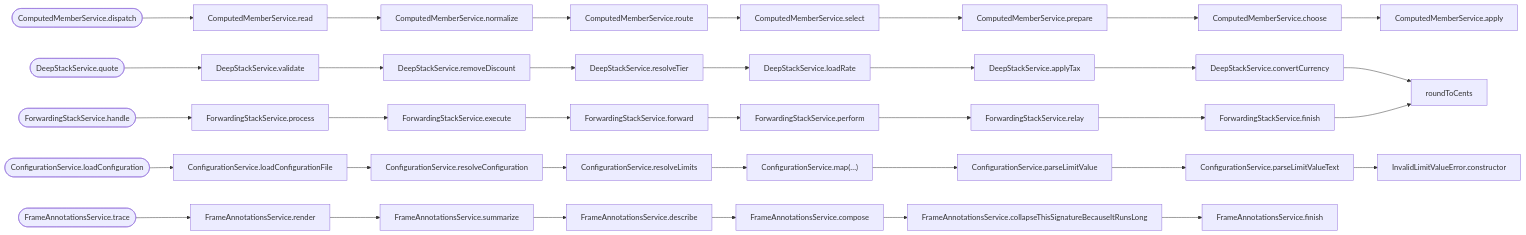
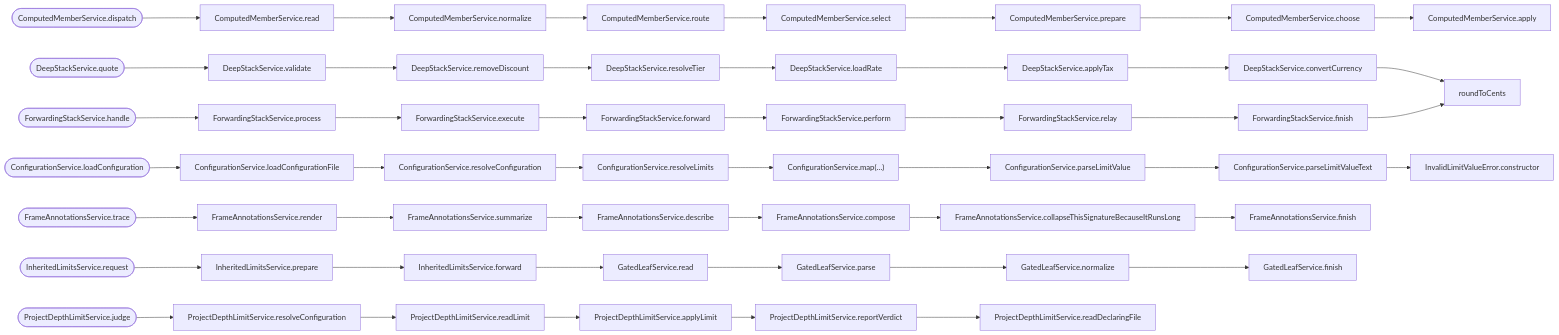
One commit to JimmyPaolini/codebase changed the diagram in packages/callidescope-examples/output/diagram.md. Above: the diagram before and after it, drawn with Mermaid. The commit also changed other lines of this file and 24 other files, not shown here.

Commit message:
test(callidescope): 🧪 add the four per-project configuration examples

````diff
--- a/packages/callidescope-examples/output/diagram.md
+++ b/packages/callidescope-examples/output/diagram.md
@@ -54,6 +54,19 @@
   n35["FrameAnnotationsService.compose"]
   n36["FrameAnnotationsService.collapseThisSignatureBecauseItRunsLong"]
   n37["FrameAnnotationsService.finish"]
+  n38(["InheritedLimitsService.request"])
+  n39["InheritedLimitsService.prepare"]
+  n40["InheritedLimitsService.forward"]
+  n41["GatedLeafService.read"]
+  n42["GatedLeafService.parse"]
+  n43["GatedLeafService.normalize"]
+  n44["GatedLeafService.finish"]
+  n45(["ProjectDepthLimitService.judge"])
+  n46["ProjectDepthLimitService.resolveConfiguration"]
+  n47["ProjectDepthLimitService.readLimit"]
+  n48["ProjectDepthLimitService.applyLimit"]
+  n49["ProjectDepthLimitService.reportVerdict"]
+  n50["ProjectDepthLimitService.readDeclaringFile"]
   n0 --> n1
   n1 --> n2
   n2 --> n3
@@ -88,4 +101,15 @@
   n34 --> n35
   n35 --> n36
   n36 --> n37
+  n38 --> n39
+  n39 --> n40
+  n40 --> n41
+  n41 --> n42
+  n42 --> n43
+  n43 --> n44
+  n45 --> n46
+  n46 --> n47
+  n47 --> n48
+  n48 --> n49
+  n49 --> n50
 ```
````
